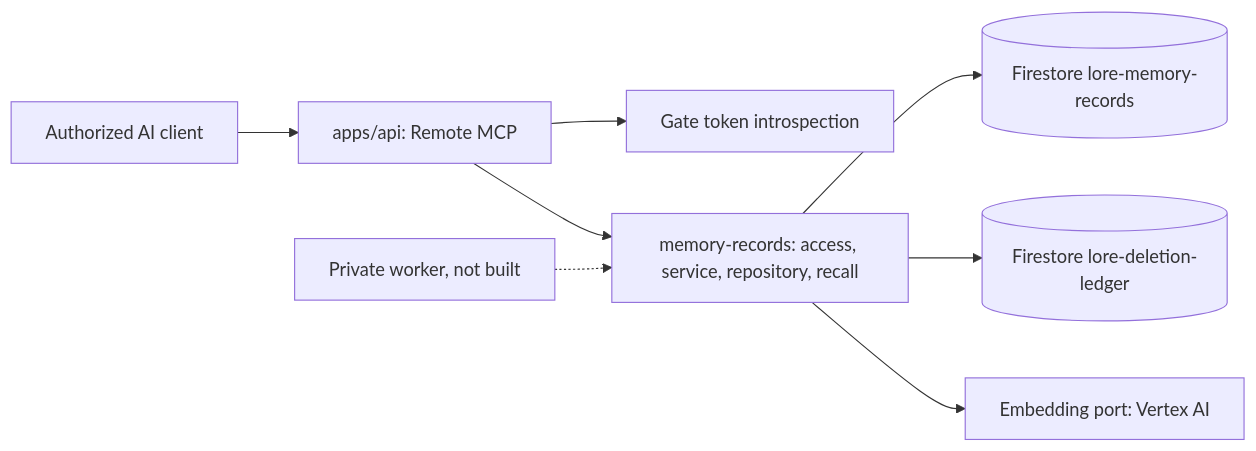
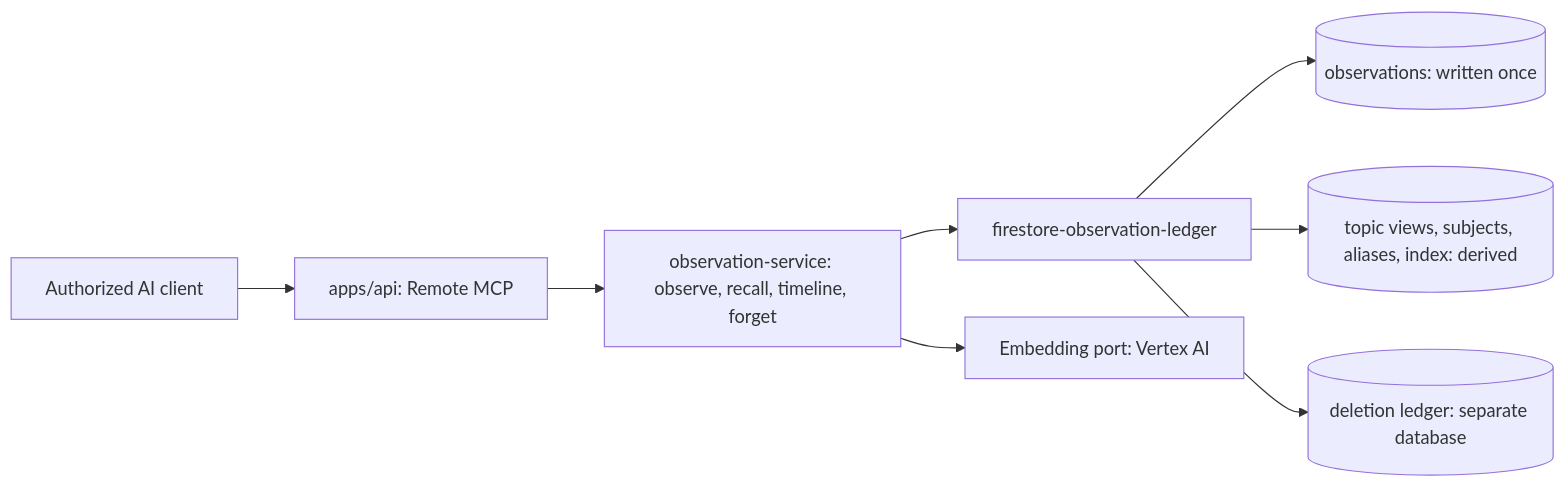
Before and after one commit to takezoh/syntoria-lore: the diagram in ARCHITECTURE.md, drawn with Mermaid. The commit also changed other lines of this file and 21 other files, not shown here.

First line of the commit message:
Serve the observation ledger over MCP in place of Memory Records

````diff
--- a/ARCHITECTURE.md
+++ b/ARCHITECTURE.md
@@ -37,10 +37,10 @@
 ```mermaid
 flowchart LR
   Client[Authorized AI client] --> API[apps/api: Remote MCP]
-  API --> Gate[Gate token introspection]
-  API --> Records[memory-records: access, service, repository, recall]
-  Worker[Private worker, not built] -.-> Records
-  Records --> FS[(Firestore lore-memory-records)]
-  Records --> Ledger[(Firestore lore-deletion-ledger)]
-  Records --> Ports[Embedding port: Vertex AI]
+  API --> Service[observation-service: observe, recall, timeline, forget]
+  Service --> Ledger[firestore-observation-ledger]
+  Ledger --> Obs[(observations: written once)]
+  Ledger --> Views[(topic views, subjects, aliases, index: derived)]
+  Ledger --> DL[(deletion ledger: separate database)]
+  Service --> Ports[Embedding port: Vertex AI]
 ```
````
